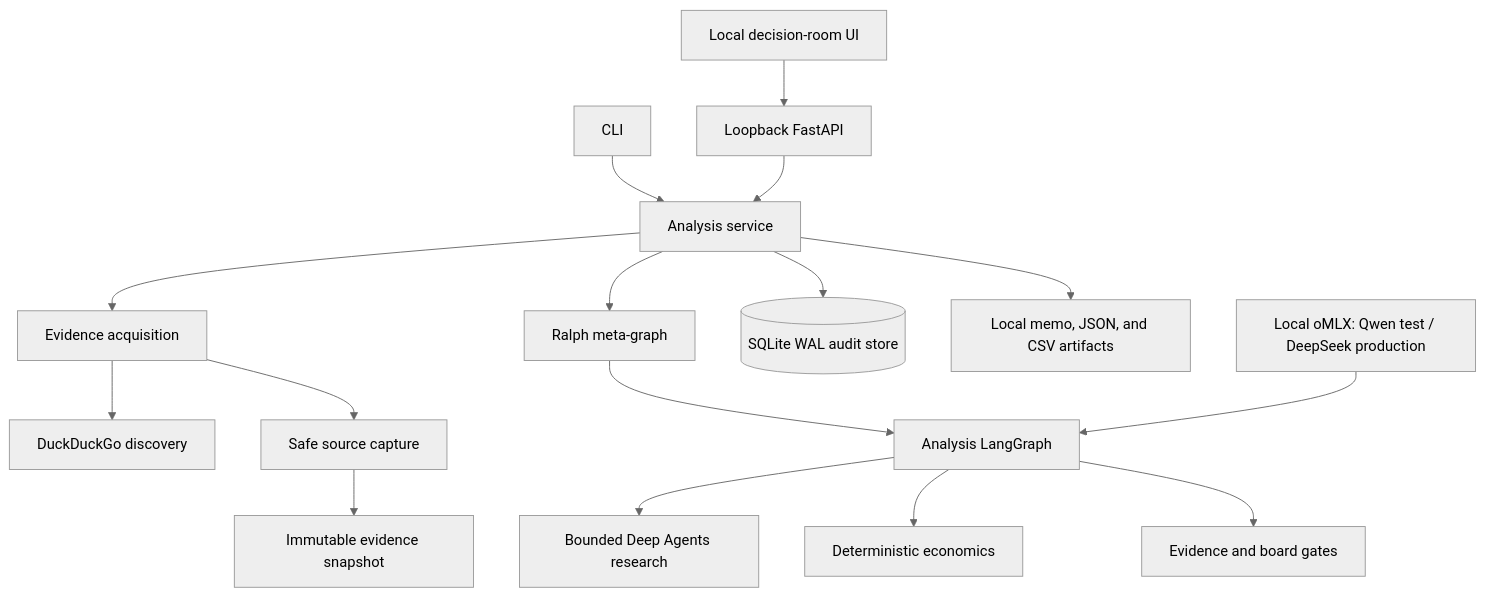
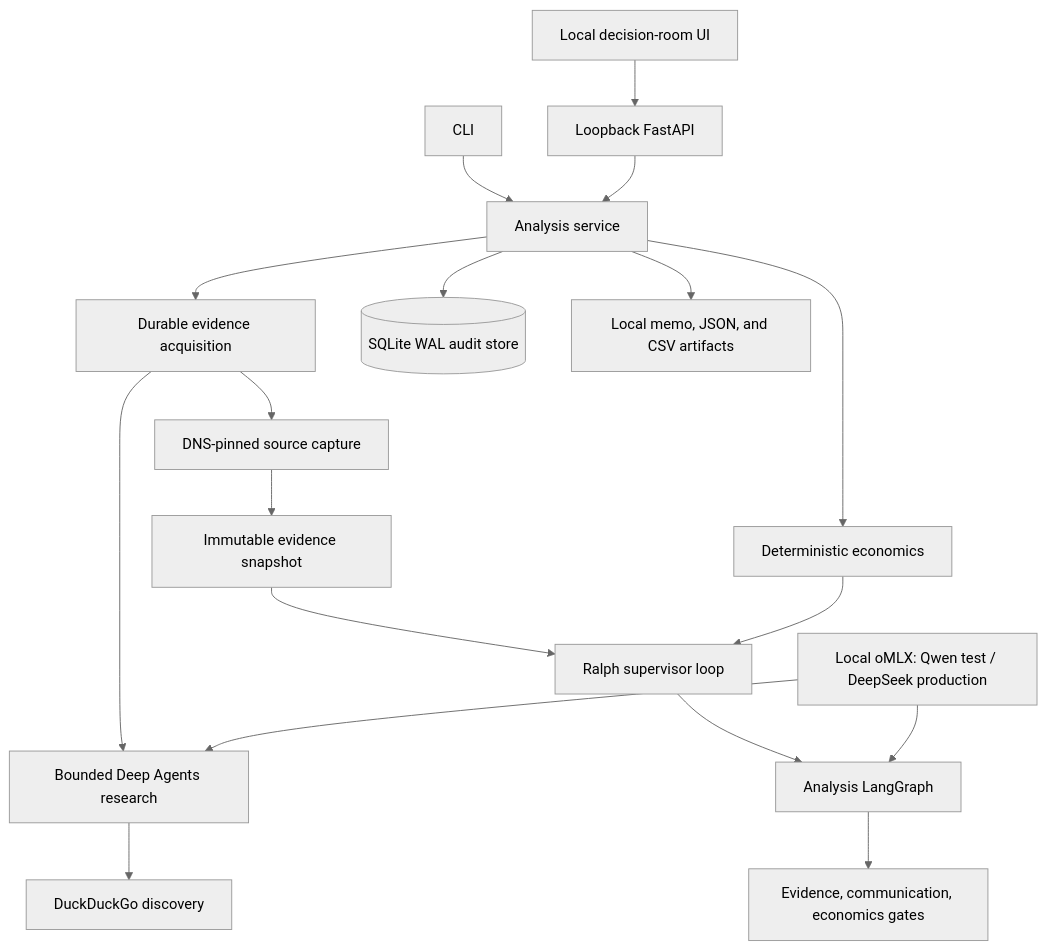
One commit to sw30labs/PorterForcesAI changed the second of 2 diagrams in README.md. Above: the diagram before and after it, drawn with Mermaid (neutral theme). The commit also changed other lines of this file and 14 other files, not shown here.

````diff
--- a/README.md
+++ b/README.md
@@ -125,18 +156,20 @@
 ```mermaid
 flowchart TB
     UI[Local decision-room UI] --> API[Loopback FastAPI]
     CLI[CLI] --> SVC[Analysis service]
     API --> SVC
-    SVC --> PRE[Evidence acquisition]
-    PRE --> DDG[DuckDuckGo discovery]
-    PRE --> CAP[Safe source capture]
+    SVC --> PRE[Durable evidence acquisition]
+    PRE --> DA[Bounded Deep Agents research]
+    DA --> DDG[DuckDuckGo discovery]
+    PRE --> CAP[DNS-pinned source capture]
     CAP --> SNAP[Immutable evidence snapshot]
-    SVC --> RALPH[Ralph meta-graph]
+    SVC --> CALC[Deterministic economics]
+    SNAP --> RALPH[Ralph supervisor loop]
+    CALC --> RALPH
     RALPH --> LG[Analysis LangGraph]
-    LG --> DA[Bounded Deep Agents research]
-    LG --> CALC[Deterministic economics]
-    LG --> GATE[Evidence and board gates]
+    LG --> GATE[Evidence, communication, economics gates]
     SVC --> DB[(SQLite WAL audit store)]
     SVC --> FILES[Local memo, JSON, and CSV artifacts]
     OMLX[Local oMLX: Qwen test / DeepSeek production] --> LG
+    OMLX --> DA
 ```
````
